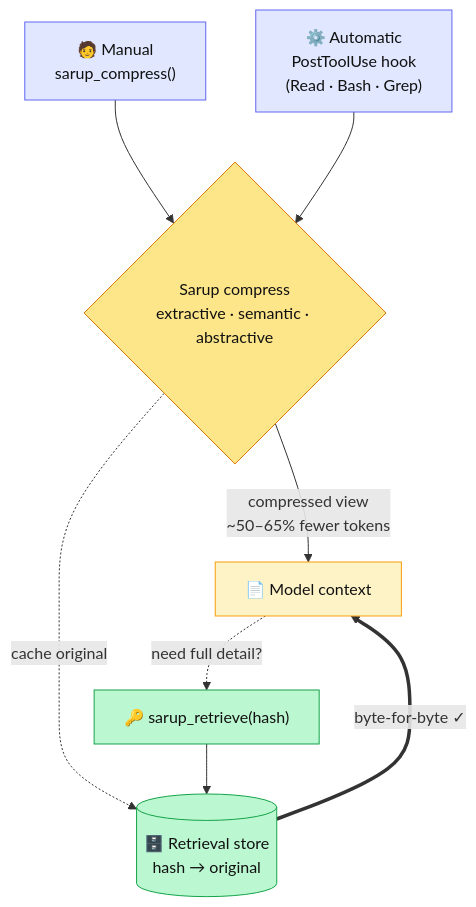
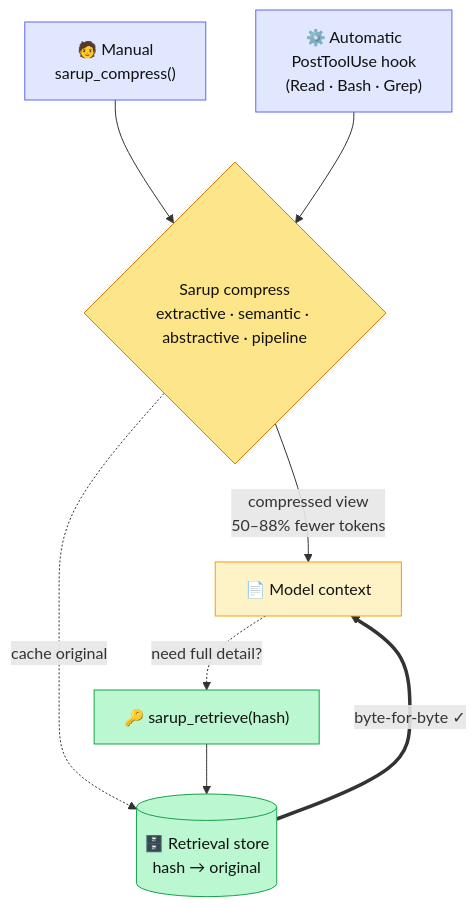
Before and after one commit to PHUICMT/sarup: the diagram in README.md, drawn with Mermaid. The commit also changed other lines of this file, not shown here.

Commit message:
docs: complete, polished README (badges, TOC, MCP setup, structure, roadmap)

````diff
--- a/README.md
+++ b/README.md
@@ -31,18 +65,18 @@
 ```mermaid
 flowchart TD
     M["🧑 Manual<br/>sarup_compress()"]:::entry --> R
     A["⚙️ Automatic<br/>PostToolUse hook<br/>(Read · Bash · Grep)"]:::entry --> R
 
-    R{"Sarup compress<br/>extractive · semantic · abstractive"}:::engine
-    R -- "compressed view<br/>~50–65% fewer tokens" --> V["📄 Model context"]:::lossy
+    R{"Sarup compress<br/>extractive · semantic · abstractive · pipeline"}:::engine
+    R -- "compressed view<br/>50–88% fewer tokens" --> V["📄 Model context"]:::lossy
     R -. "cache original" .-> S[("🗄️ Retrieval store<br/>hash → original")]:::lossless
 
     V -. "need full detail?" .-> RET["🔑 sarup_retrieve(hash)"]:::lossless
     RET --> S
     S == "byte-for-byte ✓" ==> V
 
     classDef entry fill:#e0e7ff,stroke:#6366f1,color:#111
     classDef engine fill:#fde68a,stroke:#d97706,color:#111
     classDef lossy fill:#fef3c7,stroke:#f59e0b,color:#111
     classDef lossless fill:#bbf7d0,stroke:#16a34a,color:#111
 ```
````
